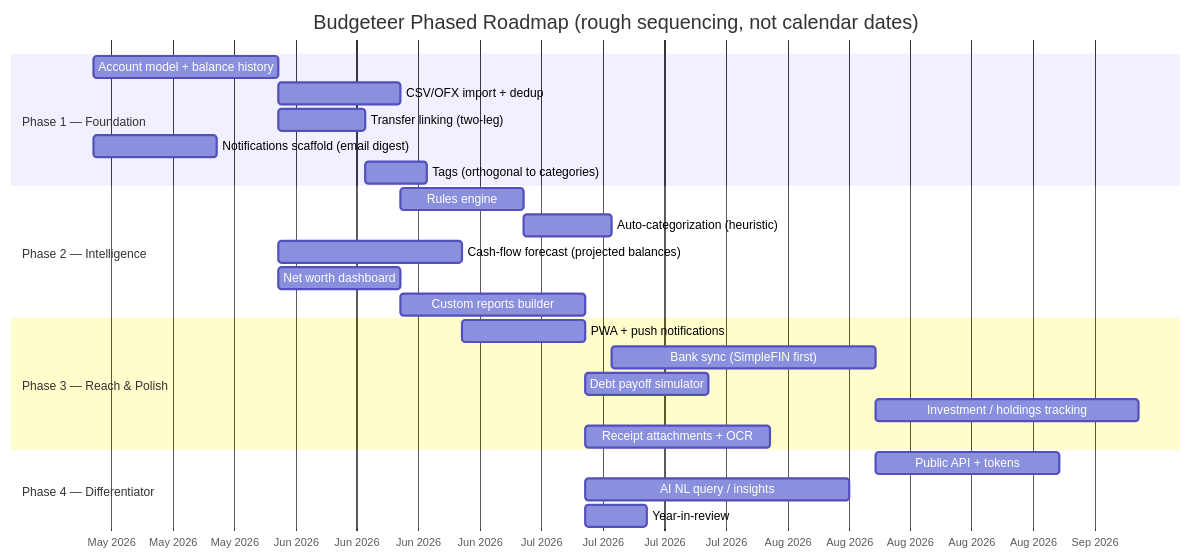
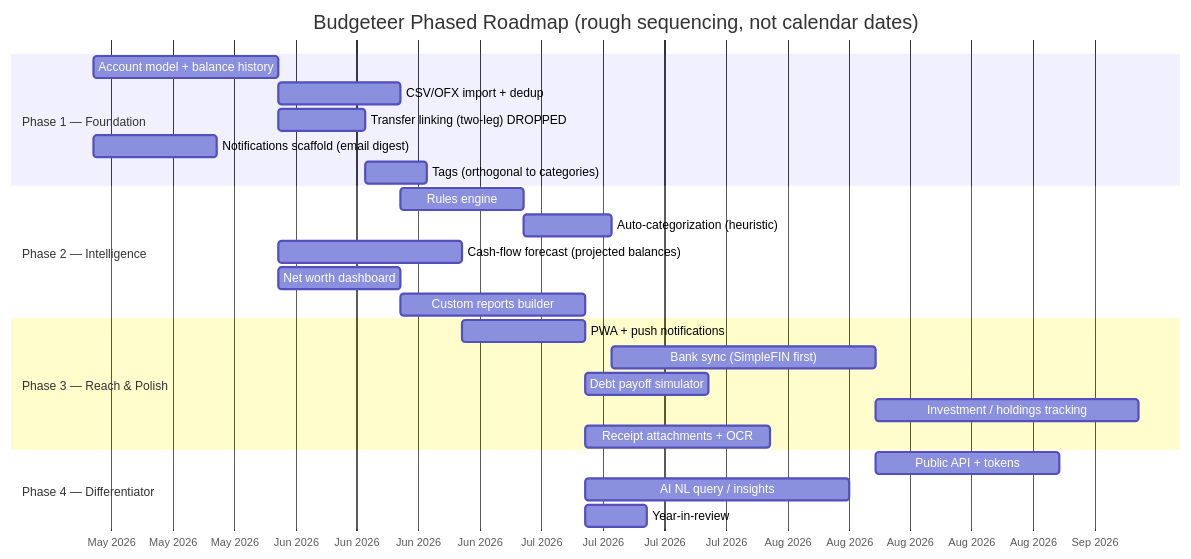
Before and after one commit to zanemyers/Budgeteer: the second of 2 diagrams in docs/feature_roadmap.md, drawn with Mermaid. The commit also changed other lines of this file and 21 other files, not shown here.

````diff
--- a/docs/feature_roadmap.md
+++ b/docs/feature_roadmap.md
@@ -157,32 +157,32 @@
 ```mermaid
 gantt
     title Budgeteer Phased Roadmap (rough sequencing, not calendar dates)
     dateFormat YYYY-MM-DD
     axisFormat %b %Y
 
     section Phase 1 — Foundation
     Account model + balance history          :p1a, 2026-05-15, 21d
     CSV/OFX import + dedup                   :p1b, after p1a, 14d
-    Transfer linking (two-leg)               :p1c, after p1a, 10d
+    Transfer linking (two-leg) DROPPED       :p1c, after p1a, 10d
     Notifications scaffold (email digest)    :p1d, 2026-05-15, 14d
     Tags (orthogonal to categories)          :p1e, after p1c, 7d
 
     section Phase 2 — Intelligence
     Rules engine                             :p2a, after p1b, 14d
     Auto-categorization (heuristic)          :p2b, after p2a, 10d
     Cash-flow forecast (projected balances)  :p2c, after p1a, 21d
     Net worth dashboard                      :p2d, after p1a, 14d
     Custom reports builder                   :p2e, after p2d, 21d
 
     section Phase 3 — Reach & Polish
     PWA + push notifications                 :p3a, after p2c, 14d
     Bank sync (SimpleFIN first)              :p3b, after p2b, 30d
     Debt payoff simulator                    :p3c, after p2e, 14d
     Investment / holdings tracking           :p3d, after p3b, 30d
     Receipt attachments + OCR                :p3e, after p3a, 21d
 
     section Phase 4 — Differentiator
     Public API + tokens                      :p4a, after p3b, 21d
     AI NL query / insights                   :p4b, after p2e, 30d
     Year-in-review                           :p4c, after p2e, 7d
 ```
````
